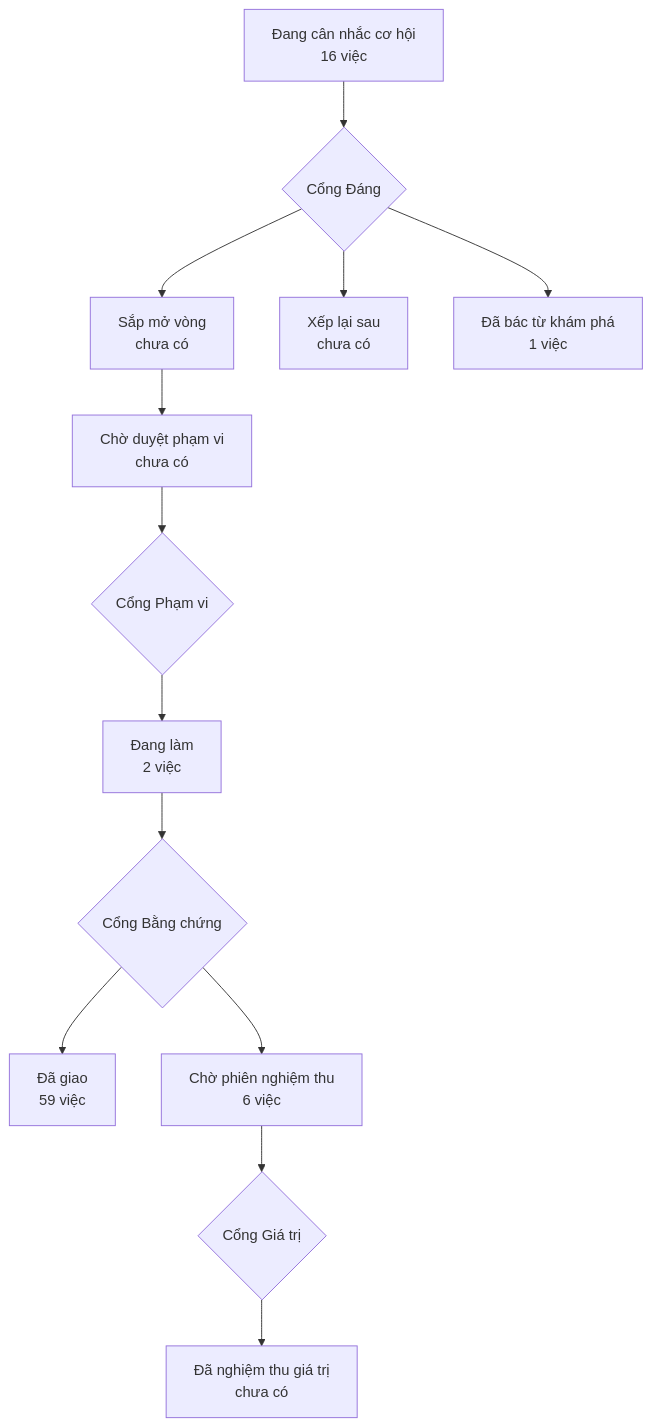
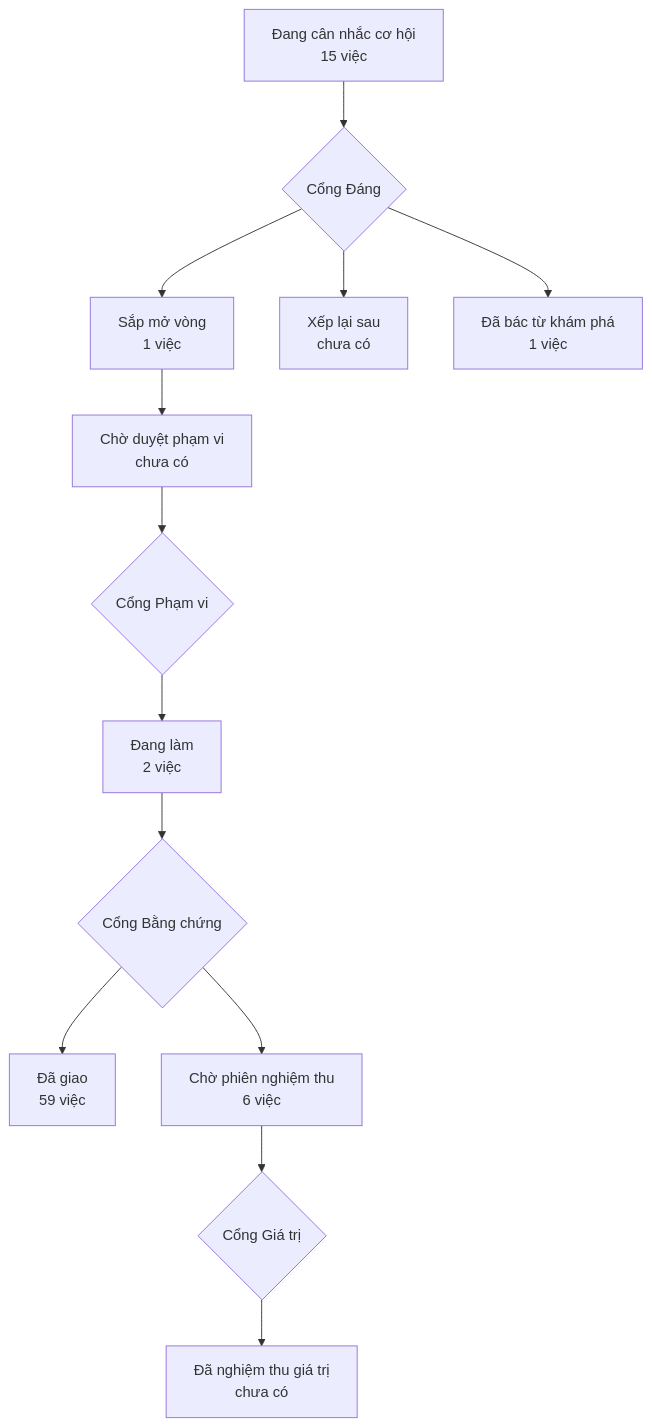
One commit to phanlemanh/acceptance-gate-kit changed the diagram in PRODUCT-MAP.md. Above: the diagram before and after it, drawn with Mermaid. The commit also changed other lines of this file and 1 other file, not shown here.

Commit message:
Gate Đáng signoff: cham-dung-cay-dung-cho-dung — Manh Phan, build, ngưỡng chốt nguyên số đề xuất

````diff
--- a/PRODUCT-MAP.md
+++ b/PRODUCT-MAP.md
@@ -6,12 +6,12 @@
 ```mermaid
 flowchart TD
-  A["Đang cân nhắc cơ hội<br/>16 việc"] --> GD{"Cổng Đáng"}
-  GD --> B["Sắp mở vòng<br/>chưa có"]
+  A["Đang cân nhắc cơ hội<br/>15 việc"] --> GD{"Cổng Đáng"}
+  GD --> B["Sắp mở vòng<br/>1 việc"]
   GD --> XL["Xếp lại sau<br/>chưa có"]
   GD --> DB["Đã bác từ khám phá<br/>1 việc"]
   B --> CD["Chờ duyệt phạm vi<br/>chưa có"] --> GP{"Cổng Phạm vi"}
   GP --> DL["Đang làm<br/>2 việc"] --> GB{"Cổng Bằng chứng"}
   GB --> DG["Đã giao<br/>59 việc"]
   GB --> CN["Chờ phiên nghiệm thu<br/>6 việc"] --> GG{"Cổng Giá trị"}
   GG --> NT["Đã nghiệm thu giá trị<br/>chưa có"]
 ```
````
